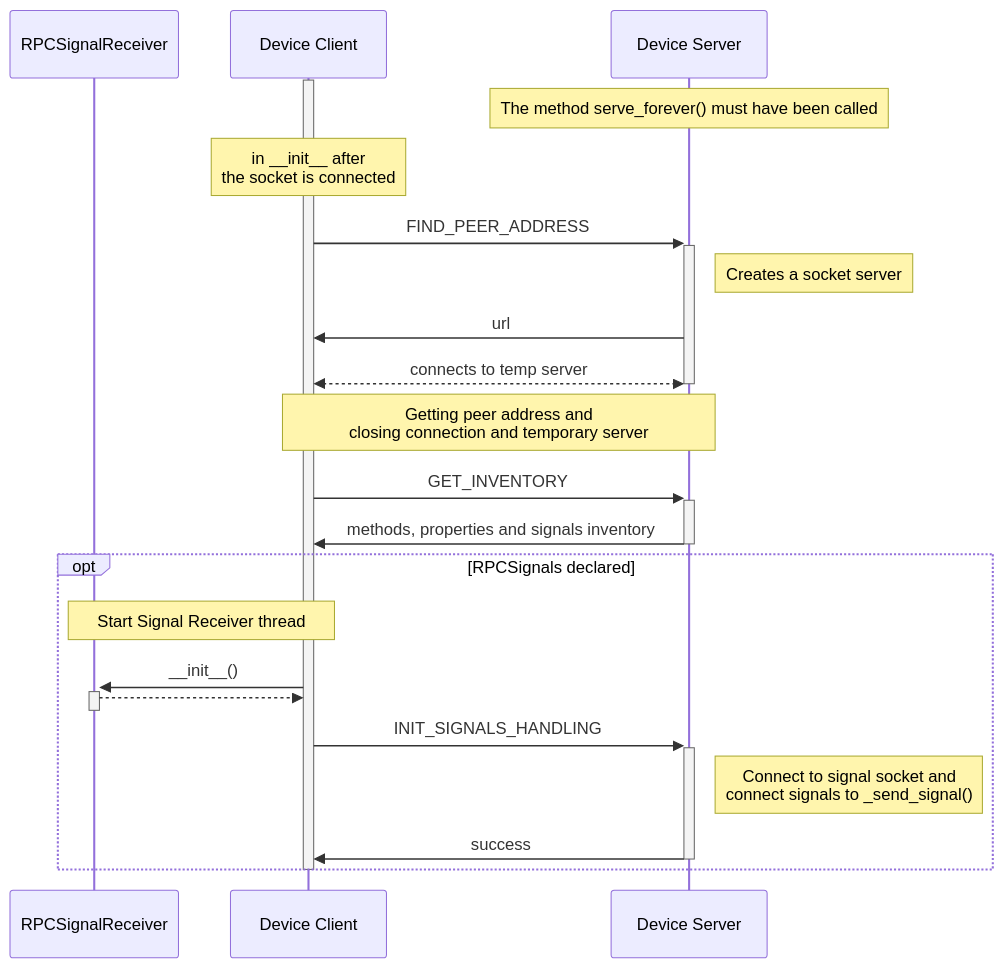
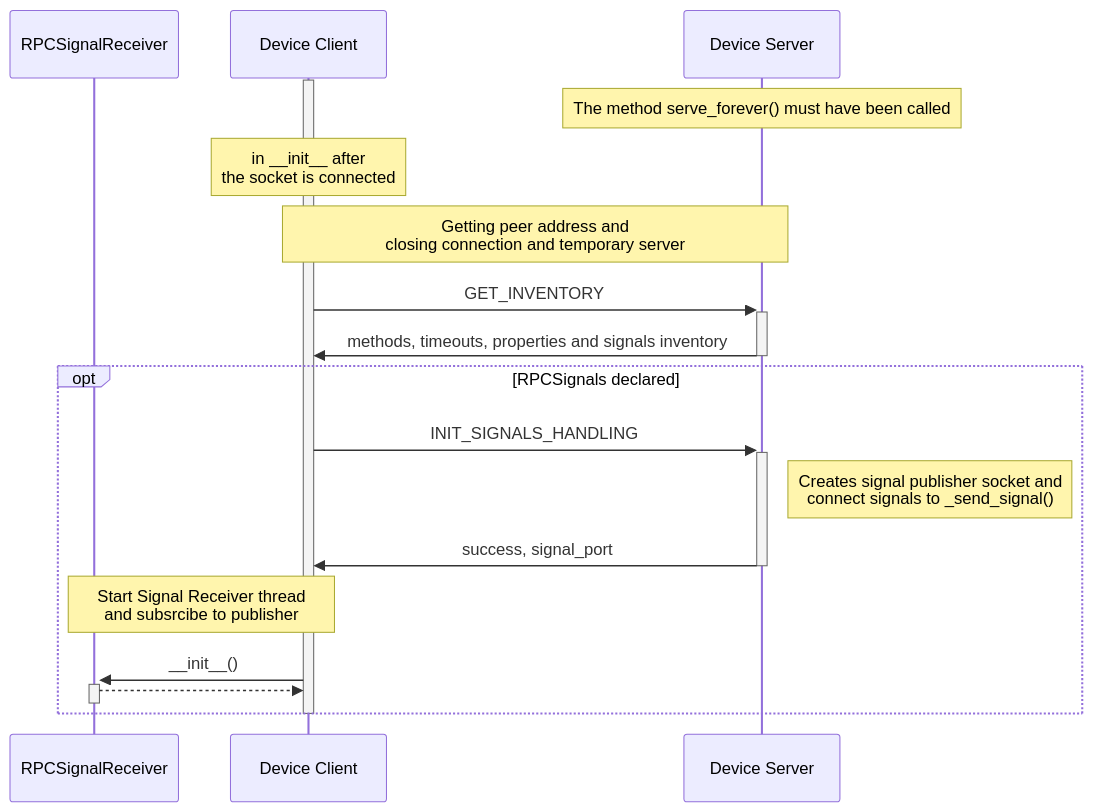
The second of 6 diagrams in docs/developer/RPC.md (romi/Plant-Imager3), drawn with Mermaid before and after one commit. The commit also changed other lines of this file and 8 other files, not shown here.

````diff
--- a/docs/developer/RPC.md
+++ b/docs/developer/RPC.md
@@ -101,32 +101,28 @@
 ```mermaid
 sequenceDiagram
     participant signal_recv as RPCSignalReceiver
     participant client as Device Client
     participant server as Device Server
     activate client
     Note over server: The method serve_forever() must have been called
     Note over client: in __init__ after <br/> the socket is connected
-    client->>+server: FIND_PEER_ADDRESS
-    Note right of server: Creates a socket server
-    server->>client: url
-    client<<-->>server: connects to temp server
-    deactivate server
+
     
     
     Note over client,server: Getting peer address and <br/> closing connection and temporary server
     client->>+server: GET_INVENTORY
-    server->>-client: methods, properties and signals inventory
+    server->>-client: methods, timeouts, properties and signals inventory
 
     opt RPCSignals declared
-    Note over signal_recv, client: Start Signal Receiver thread
+    client->>+server: INIT_SIGNALS_HANDLING
+    Note right of server: Creates signal publisher socket and <br/> connect signals to _send_signal()
+    server->>-client: success, signal_port
+    Note over signal_recv, client: Start Signal Receiver thread <br/> and subsrcibe to publisher
     client->>+signal_recv: __init__()
     signal_recv-->>-client: 
-    client->>+server: INIT_SIGNALS_HANDLING
-    Note right of server: Connect to signal socket and <br/> connect signals to _send_signal()
-    server->>-client: success
 
     end
 
     deactivate client
 
 ```
````
